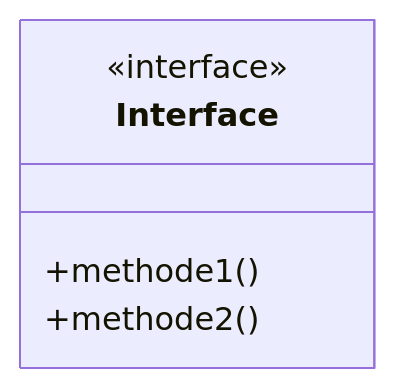
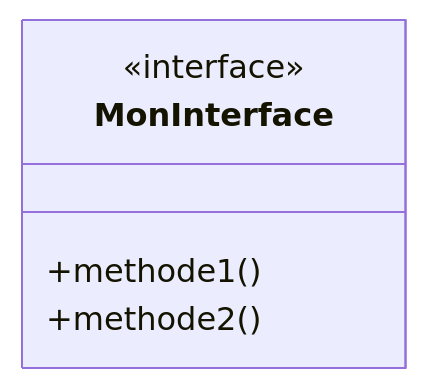
The second of 10 diagrams in _notes/uml/uml-classes.md (ophenix-maisonneuve/420-930-ma-site-web), drawn with Mermaid before and after one commit. The commit also changed other lines of this file, not shown here.

Commit message:
publication des notes UML

````diff
--- a/_notes/uml/uml-classes.md
+++ b/_notes/uml/uml-classes.md
@@ -42,8 +42,8 @@
 ```mermaid
 classDiagram
-    class Interface {
+    class MonInterface {
         <<interface>>
         +methode1()
         +methode2()
     }
 ```
````
